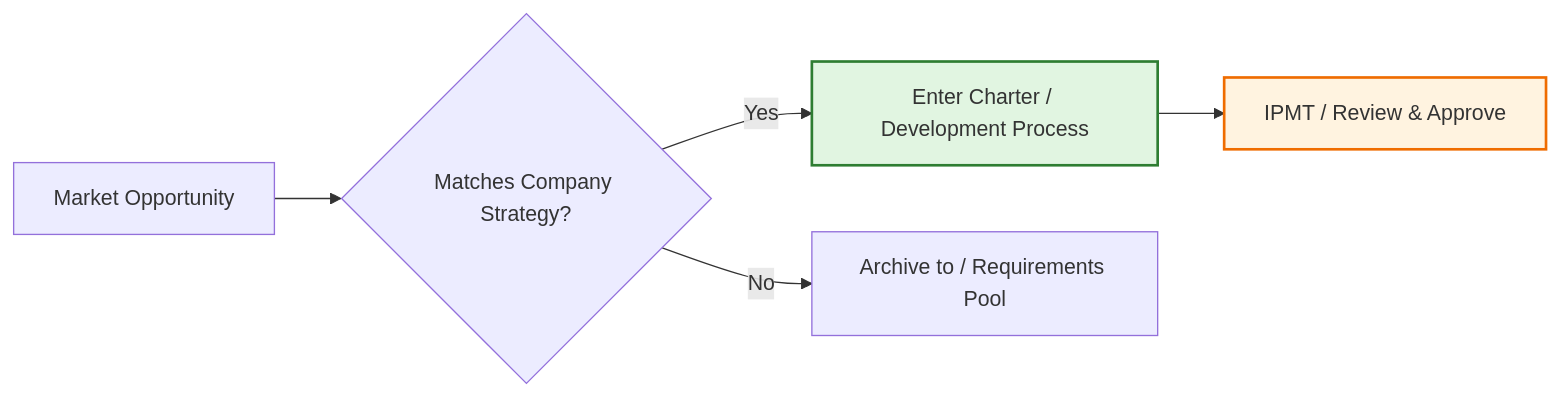
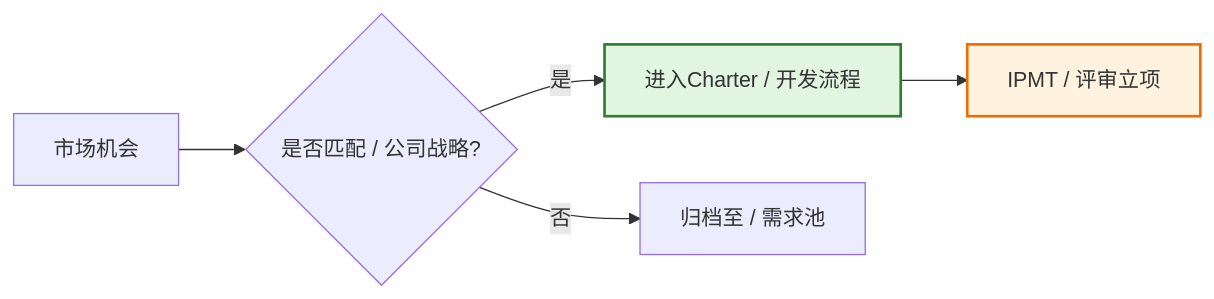
The second of 11 diagrams in templates/Product/Strategy/Template-Project-Charter.md (Kirky-X/cangjie), drawn with Mermaid before and after one commit. The commit also changed other lines of this file and 33 other files, not shown here.

````diff
--- a/templates/Product/Strategy/Template-Project-Charter.md
+++ b/templates/Product/Strategy/Template-Project-Charter.md
@@ -105,9 +105,9 @@
 ```mermaid
 flowchart LR
-    A[Market Opportunity] --> B{Matches Company Strategy?}
-    B -->|Yes| C[Enter Charter / Development Process]
-    B -->|No| D[Archive to / Requirements Pool]
-    C --> E[IPMT / Review & Approve]
+    A[市场机会] --> B{是否匹配 / 公司战略?}
+    B -->|是| C[进入Charter / 开发流程]
+    B -->|否| D[归档至 / 需求池]
+    C --> E[IPMT / 评审立项]
     style C fill:#e1f5e1,stroke:#2e7d32,stroke-width:2px
     style E fill:#fff3e0,stroke:#ef6c00,stroke-width:2px
 ```
````
